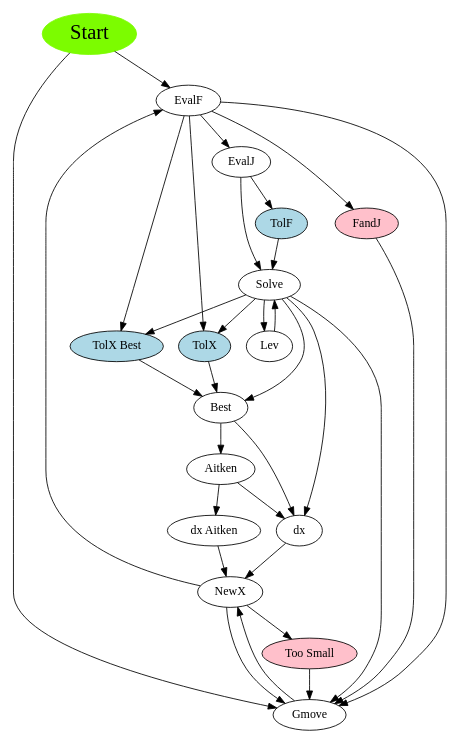
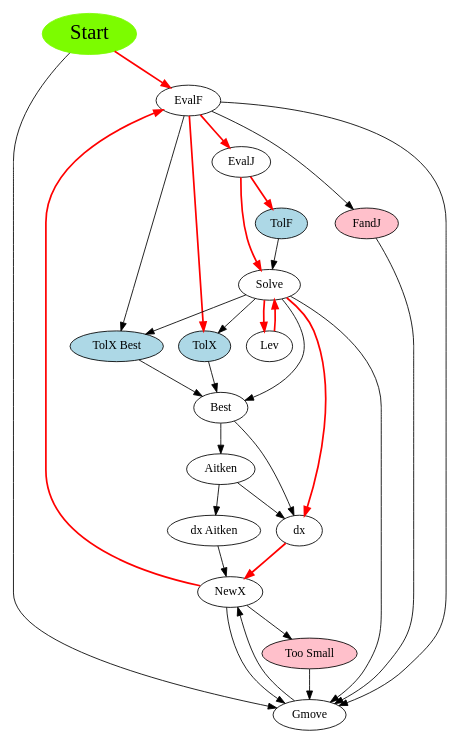
The diagram in doc/dnwt.dot (NASA-MLS/mlspgs), drawn with Graphviz before and after one commit. The commit also changed 1 other file, not shown here.

Commit message:
Make usual transitions broad red lines

```diff
--- a/doc/dnwt.dot
+++ b/doc/dnwt.dot
@@ -1,70 +1,73 @@
 digraph DNWT
 
 {
 
 size = "5.7,7.5";
 ratio = auto;
 layout = dot;
 
 Start [ style=filled, color=lawngreen, fontsize = 24 ] ;
 
 TolF [ style=filled, fillcolor = lightblue ] ;
 TolX [ style=filled, fillcolor = lightblue ] ;
 TolX_Best [ style=filled, fillcolor = lightblue label="TolX Best" ] ;
 
 too_small [ style=filled, fillcolor = pink label="Too Small" ] ;
 FandJ [ style=filled, fillcolor = pink ] ;
 
-Start -> EvalF ;
+Start -> EvalF [style=bold, color=red] ;
 Start -> Gmove ;
 
-EvalF -> FandJ ;
+EvalF ->FandJ ;
 EvalF -> Gmove ;
-EvalF -> EvalJ ;
-EvalF -> TolX ;
+EvalF -> EvalJ [style=bold, color=red] ;
+EvalF -> TolX [style=bold, color=red] ;
 EvalF -> TolX_Best ;
 
-EvalJ -> TolF ;
-EvalJ -> Solve ;
+EvalJ -> TolF [style=bold, color=red] ;
+EvalJ -> Solve [style=bold, color=red] ;
 
 Solve -> Gmove ;
 Solve -> Best ;
-Solve -> dx ;
-Solve -> Lev ;
+Solve -> dx [style=bold, color=red] ;
+Solve -> Lev [style=bold, color=red] ;
 Solve -> TolX ;
 Solve -> TolX_Best ;
 
-Lev -> Solve ;
+Lev -> Solve [style=bold, color=red] ;
 
 NewX -> Gmove ;
 NewX -> too_small ;
-NewX -> EvalF ;
+NewX -> EvalF [style=bold, color=red] ;
 
 Gmove -> NewX ;
 
 Best -> dx ;
 Best -> Aitken ;
 
 Aitken -> dx_Aitken ;
 Aitken -> dx ;
 
-dx -> NewX ;
+dx -> NewX [style=bold, color=red] ;
 
 dx_Aitken [ label="dx Aitken" ] ;
 dx_Aitken -> NewX ;
 
 TolX -> Best ;
 
 TolX_Best -> Best ;
 
 TolF -> Solve ;
 
 too_small -> Gmove ;
 
 FandJ -> Gmove ;
 
 }
 
 // $Id$
 
 // $Log$
+// Revision 1.1  2018/07/25 03:23:02  vsnyder
+// Initial commit
+//
```
